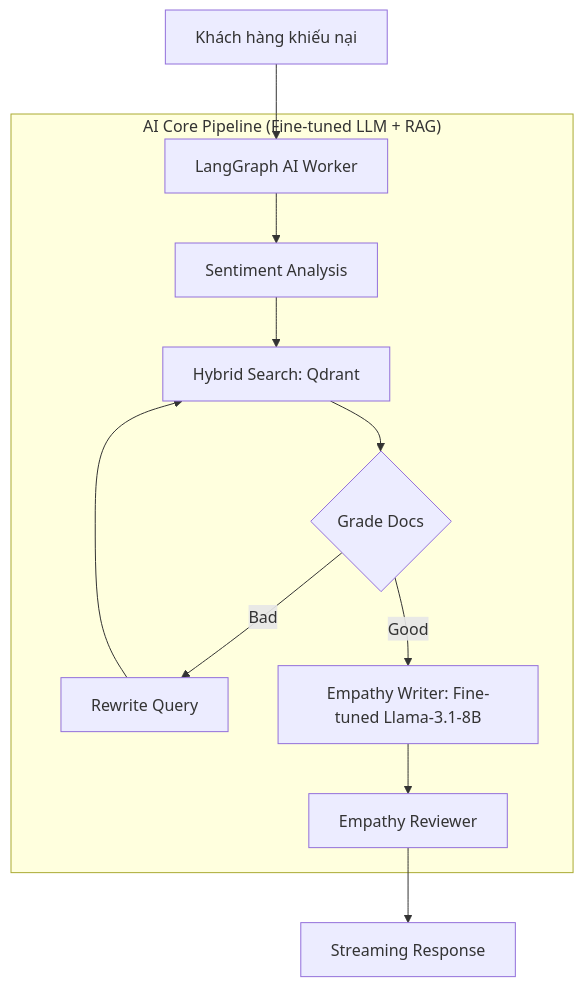
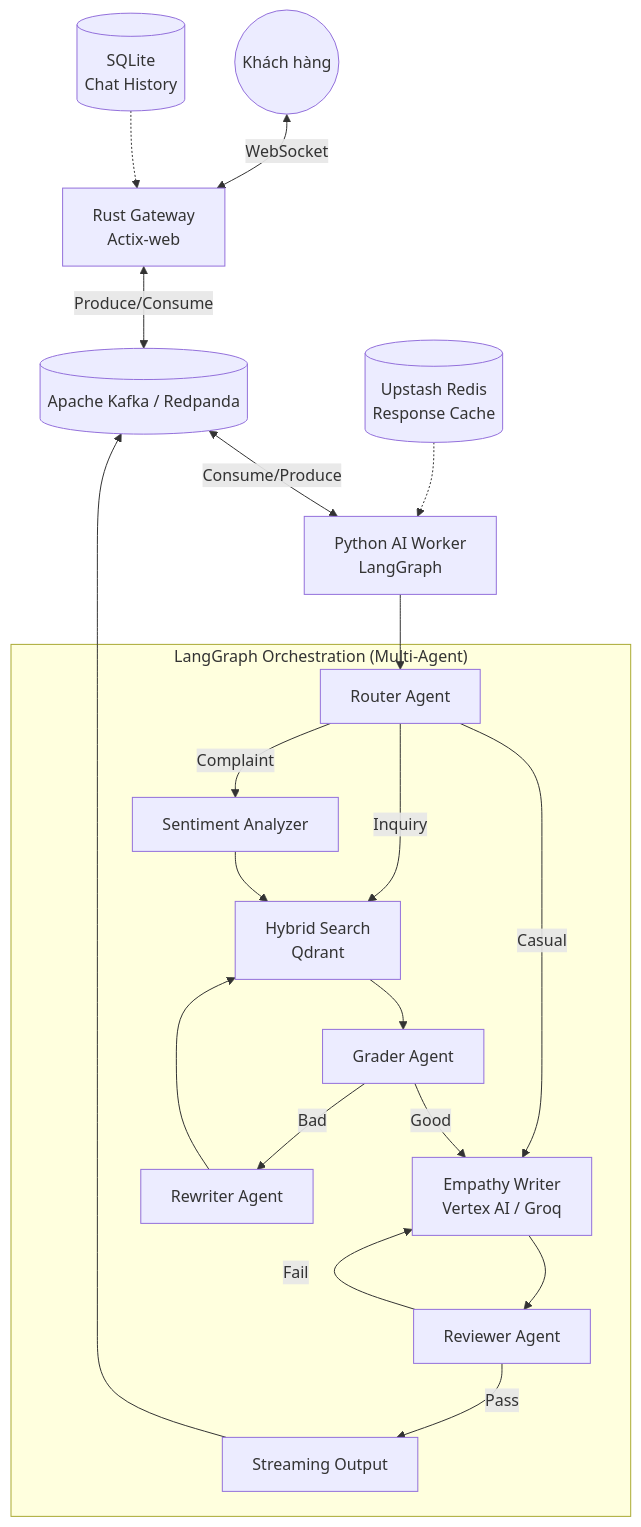
Before and after one commit to Thanh281105/empath_AI: the diagram in README.md, drawn with Mermaid. The commit also changed other lines of this file and 3 other files, not shown here.

Commit message:
update readme and figure

````diff
--- a/README.md
+++ b/README.md
@@ -23,16 +24,34 @@
 ```mermaid
 graph TD
-    A[Khách hàng khiếu nại] --> B[LangGraph AI Worker]
+    User((Khách hàng)) <-->|WebSocket| Gateway[Rust Gateway<br/>Actix-web]
+    Gateway <-->|Produce/Consume| Kafka[(Apache Kafka / Redpanda)]
+    Kafka <-->|Consume/Produce| PythonWorker[Python AI Worker<br/>LangGraph]
     
-    subgraph "AI Core Pipeline (Fine-tuned LLM + RAG)"
-        B --> C[Sentiment Analysis]
-        C --> D[Hybrid Search: Qdrant]
-        D --> E{Grade Docs}
-        E -->|Bad| F[Rewrite Query]
-        F --> D
-        E -->|Good| G[Empathy Writer: Fine-tuned Llama-3.1-8B]
-        G --> H[Empathy Reviewer]
+    subgraph "LangGraph Orchestration (Multi-Agent)"
+        Router[Router Agent]
+        Sentiment[Sentiment Analyzer]
+        Retrieve[Hybrid Search<br/>Qdrant]
+        Grader[Grader Agent]
+        Rewriter[Rewriter Agent]
+        Writer[Empathy Writer<br/>Vertex AI / Groq]
+        Reviewer[Reviewer Agent]
+        
+        Router -->|Casual| Writer
+        Router -->|Inquiry| Retrieve
+        Router -->|Complaint| Sentiment --> Retrieve
+        
+        Retrieve --> Grader
+        Grader -->|Good| Writer
+        Grader -->|Bad| Rewriter --> Retrieve
+        
+        Writer --> Reviewer
+        Reviewer -->|Pass| Output[Streaming Output]
+        Reviewer -->|Fail| Writer
     end
     
-    H --> I[Streaming Response]
+    PythonWorker --> Router
+    Output --> Kafka
+    
+    Database[(SQLite<br/>Chat History)] -.-> Gateway
+    Cache[(Upstash Redis<br/>Response Cache)] -.-> PythonWorker
 ```
````
